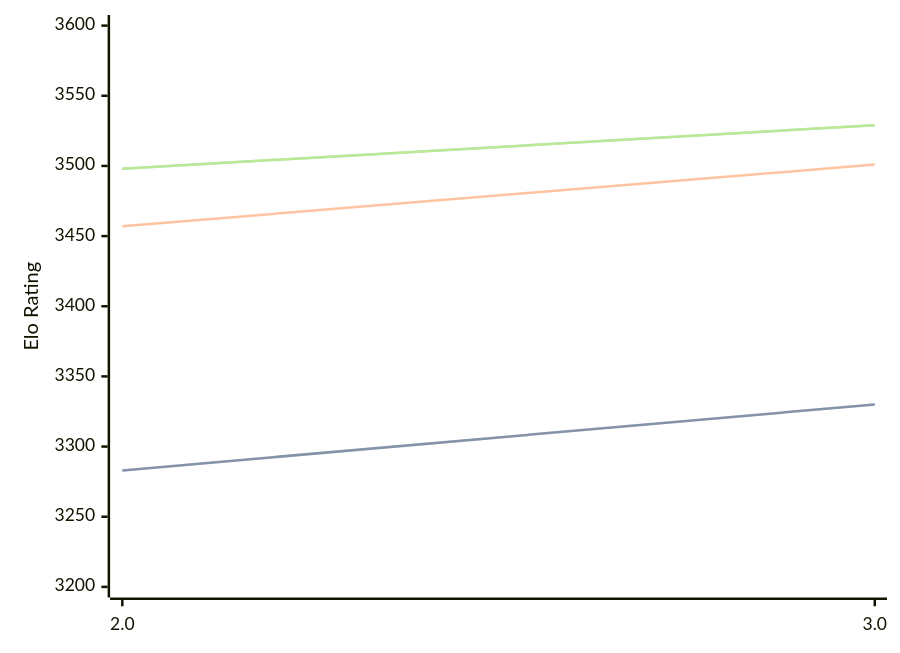
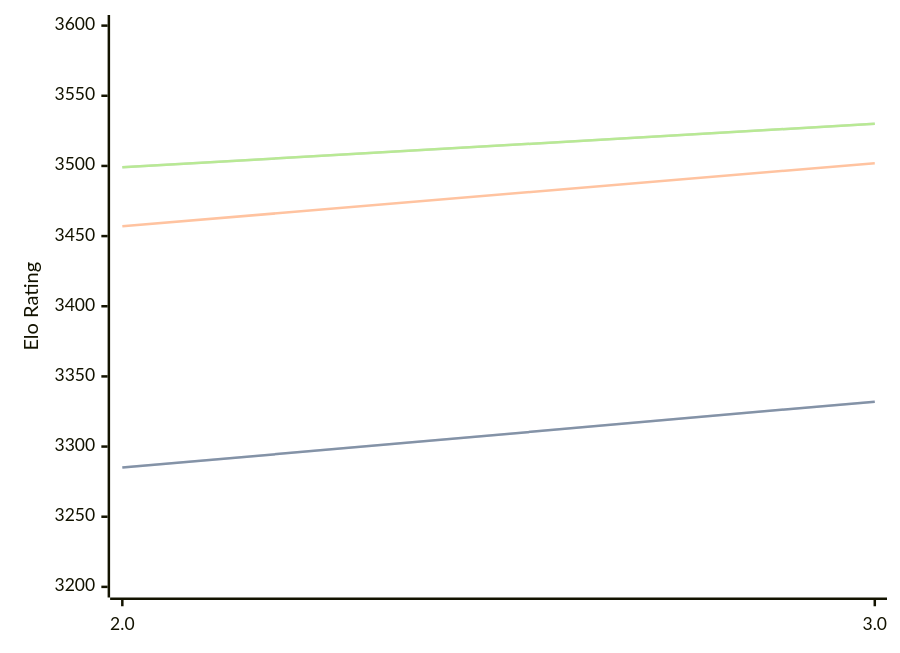
The third of 3 diagrams in engines/Quanticade.md (computer-chess-index/cci), drawn with Mermaid before and after one commit. The commit also changed other lines of this file, not shown here.

Commit message:
Update CCI Ratings (ELO VLTC) - 2026-06-30

````diff
--- a/engines/Quanticade.md
+++ b/engines/Quanticade.md
@@ -74,11 +74,11 @@
 ```mermaid
 %%{init: {"theme":"base","themeVariables":{"seriesColors:['#a3a3a3','#222221','#faa371']}}}%%
 xychart-beta
   x-axis ["2.0", "3.0"]
   y-axis "Elo Rating" 3200 --> 3600
-  line "STC (8.0+0.08s)" [3283, 3330]
-  line "STC (8.0+0.08s)" [3283, 3330]
-  line "LTC (60.0+0.60s)" [3457, 3501]
-  line "VLTC (2m24s+1.12s)" [3498, 3529]
-  line "VLTC (2m24s+1.12s)" [3498, 3529]
+  line "STC (8.0+0.08s)" [3285, 3332]
+  line "STC (8.0+0.08s)" [3285, 3332]
+  line "LTC (60.0+0.60s)" [3457, 3502]
+  line "VLTC (2m24s+1.12s)" [3499, 3530]
+  line "VLTC (2m24s+1.12s)" [3499, 3530]
 ```
````
